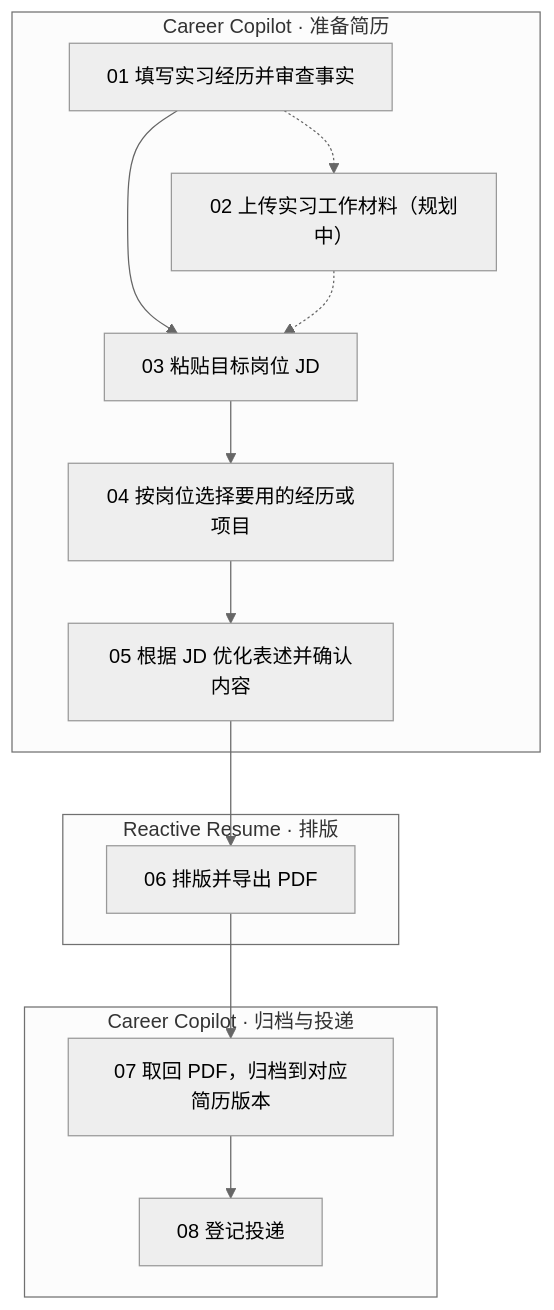
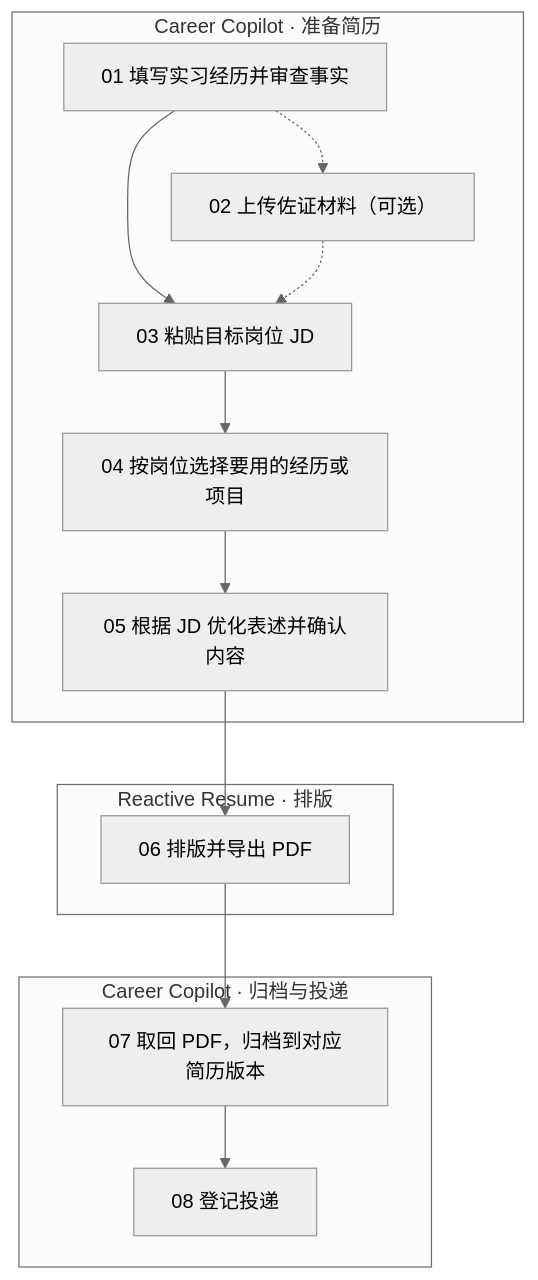
One commit to JKW-NB/career-copilot changed the diagram in README.md. Above: the diagram before and after it, drawn with Mermaid (neutral theme). The commit also changed other lines of this file and 13 other files, not shown here.

````diff
--- a/README.md
+++ b/README.md
@@ -17,21 +17,21 @@
 ```mermaid
 flowchart TB
     subgraph Prepare["Career Copilot · 准备简历"]
         A["01 填写实习经历并审查事实"]
-        B["02 上传实习工作材料（规划中）"]
+        B["02 上传佐证材料（可选）"]
         C["03 粘贴目标岗位 JD"]
         D["04 按岗位选择要用的经历或项目"]
         E["05 根据 JD 优化表述并确认内容"]
         A --> C --> D --> E
         A -.-> B -.-> C
     end
     subgraph Layout["Reactive Resume · 排版"]
         F["06 排版并导出 PDF"]
     end
     subgraph Record["Career Copilot · 归档与投递"]
         G["07 取回 PDF，归档到对应简历版本"]
         H["08 登记投递"]
         G --> H
     end
     E --> F --> G
 ```
````
